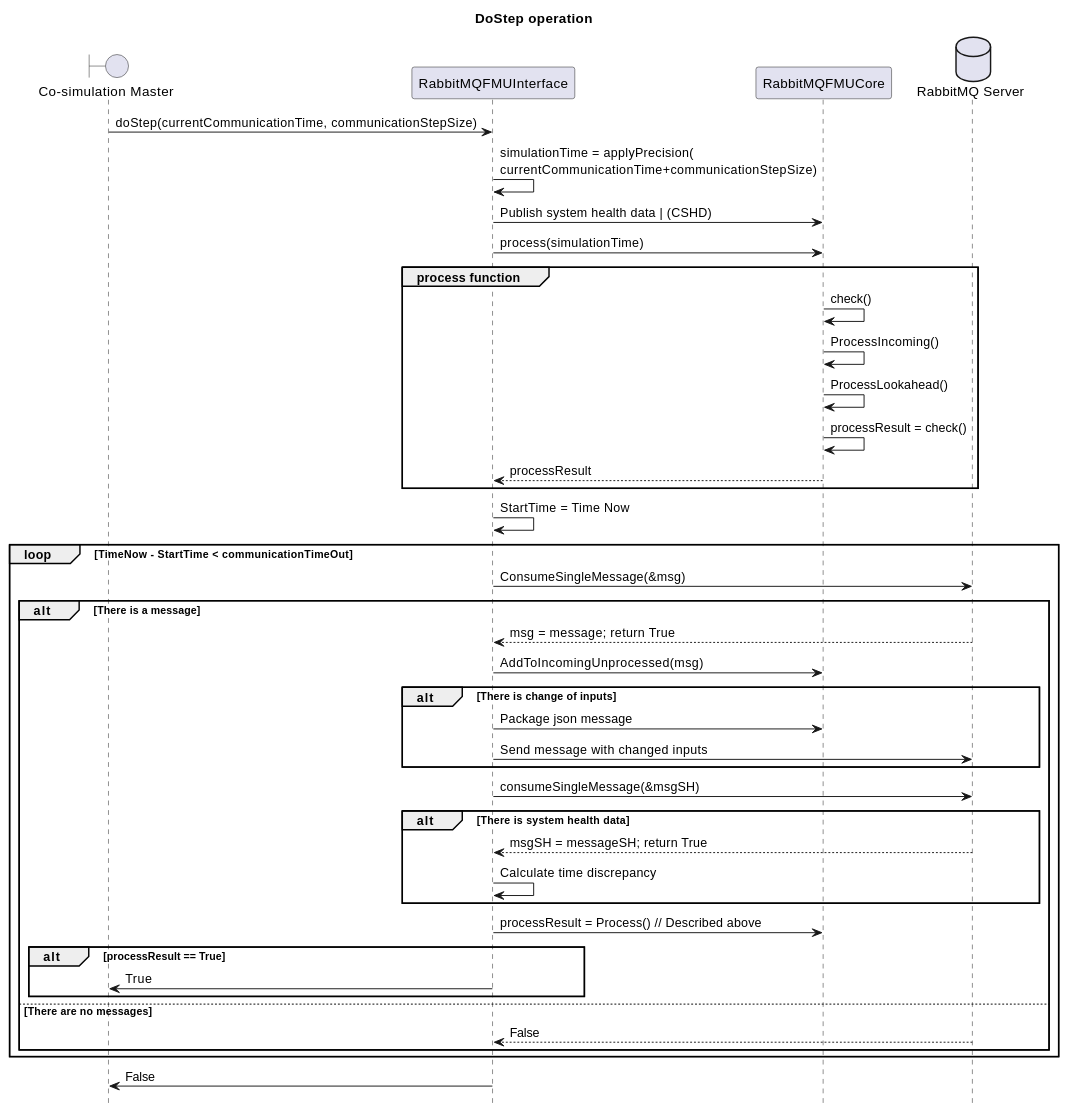
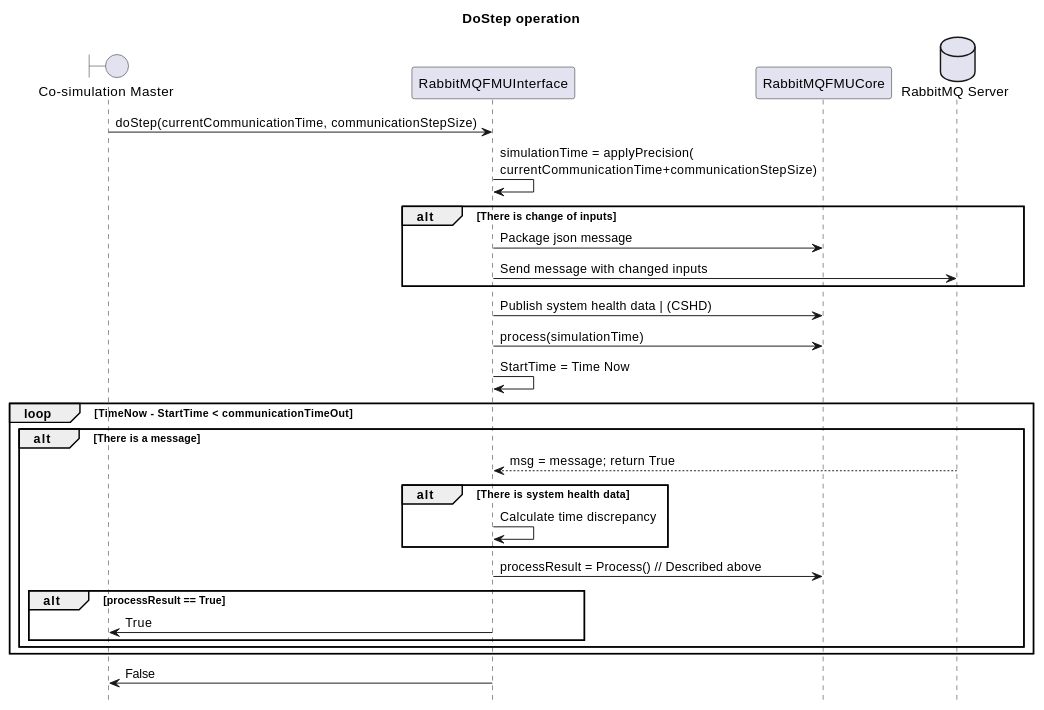
Before and after one commit to INTO-CPS-Association/fmu-rabbitmq: the third of 3 diagrams in docs/data-handling.rst, drawn with PlantUML. The commit also changed other lines of this file, not shown here.

```diff
--- a/docs/data-handling.rst
+++ b/docs/data-handling.rst
@@ -99,46 +120,33 @@
 .. uml::
 
     title DoStep operation
     hide footbox
 
     boundary "Co-simulation Master" as Master
     participant RabbitMQFMUInterface as FMUI
     participant RabbitMQFMUCore as FMUC
     database "RabbitMQ Server" as server
 
 
     Master -> FMUI: doStep(currentCommunicationTime, communicationStepSize)
     FMUI -> FMUI: simulationTime = applyPrecision(\ncurrentCommunicationTime+communicationStepSize)
+    alt There is change of inputs
+        FMUI -> FMUC: Package json message
+        FMUI -> server: Send message with changed inputs
+    end
     FMUI -> FMUC: Publish system health data | (CSHD)
     FMUI -> FMUC: process(simulationTime)
-    group process function
-        FMUC -> FMUC: check()
-        FMUC -> FMUC: ProcessIncoming()
-        FMUC -> FMUC: ProcessLookahead()
-        FMUC -> FMUC: processResult = check()
-        FMUC --> FMUI: processResult
-    end
     FMUI -> FMUI: StartTime = Time Now
         loop TimeNow - StartTime < communicationTimeOut
-            FMUI -> server: ConsumeSingleMessage(&msg)
             alt There is a message
                 server --> FMUI: msg = message; return True
-                FMUI -> FMUC: AddToIncomingUnprocessed(msg)
-                alt There is change of inputs
-                    FMUI -> FMUC: Package json message
-                    FMUI -> server: Send message with changed inputs
-                end
-                FMUI -> server: consumeSingleMessage(&msgSH)
                 alt There is system health data
-                   server --> FMUI: msgSH = messageSH; return True
                    FMUI -> FMUI: Calculate time discrepancy
                 end
                 FMUI -> FMUC: processResult = Process() // Described above
                 alt processResult == True
                     FMUI -> Master: True
                 end
-            else There are no messages
-                server --> FMUI: False
             end
         end
     FMUI -> Master: False
```
